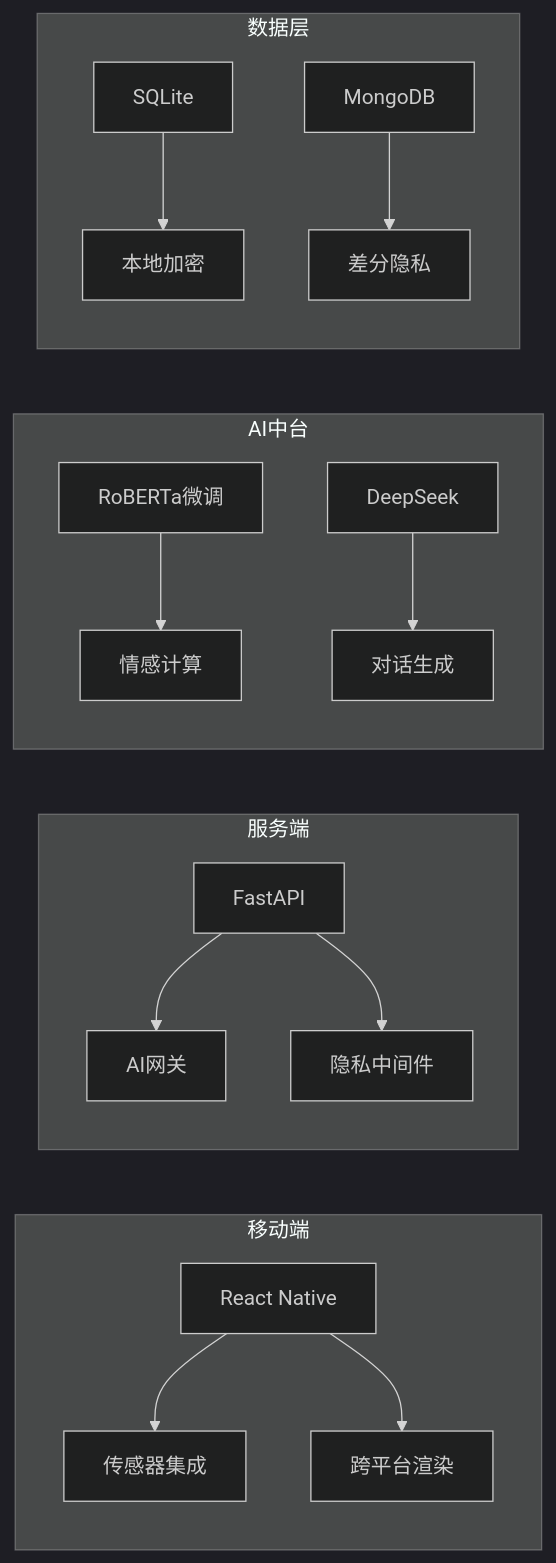
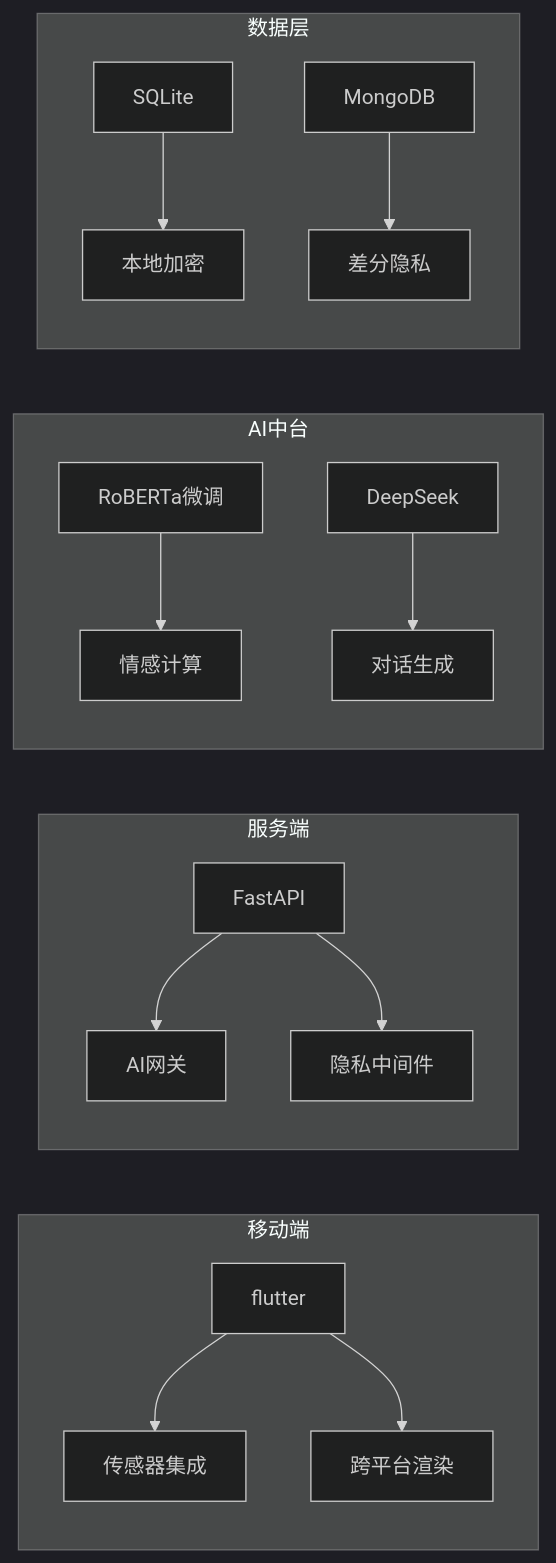
One commit to Morbid79/CogniCube changed the fifth of 5 diagrams in README.md. Above: the diagram before and after it, drawn with Mermaid (dark theme). The commit also changed 2 other files, not shown here.

Commit message:
:pencil: 修复文档+数据结构文档

````diff
--- a/README.md
+++ b/README.md
@@ -280,19 +280,19 @@
 ```mermaid
 flowchart LR
     subgraph 移动端
-        A[React Native] --> B[传感器集成]
+        A[flutter] --> B[传感器集成]
         A --> C[跨平台渲染]
     end
     subgraph 服务端
         D[FastAPI] --> E[AI网关]
         D --> F[隐私中间件]
     end
     subgraph AI中台
         G[RoBERTa微调] --> H[情感计算]
         I[DeepSeek] --> J[对话生成]
     end
     subgraph 数据层
         K[SQLite] --> L[本地加密]
         M[MongoDB] --> N[差分隐私]
     end
 ```
````
